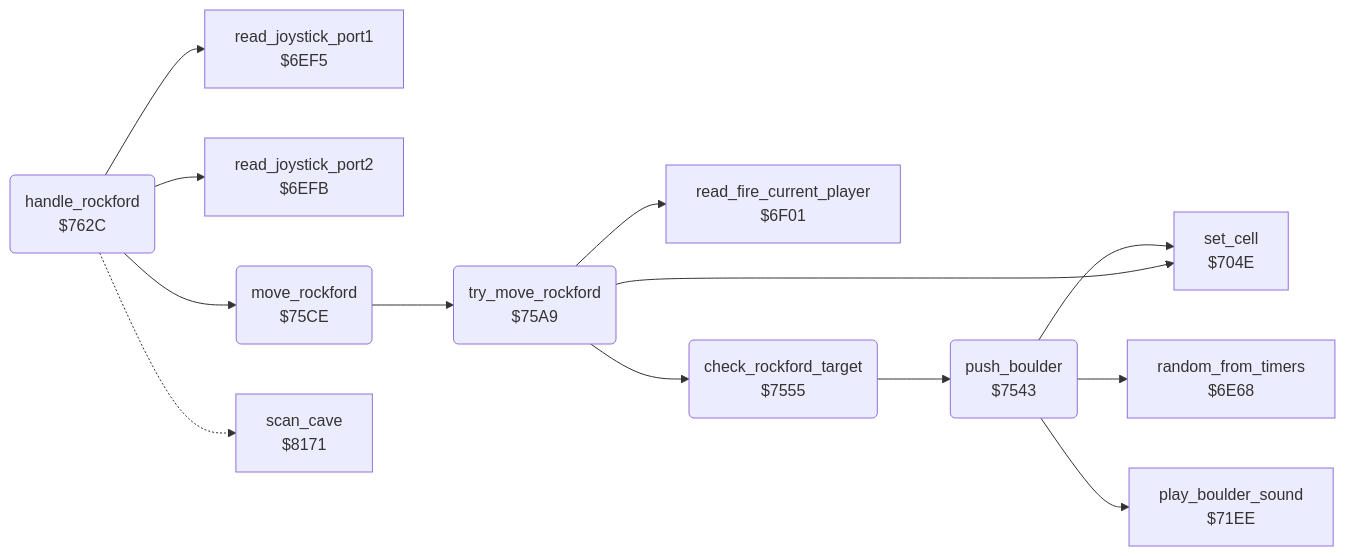
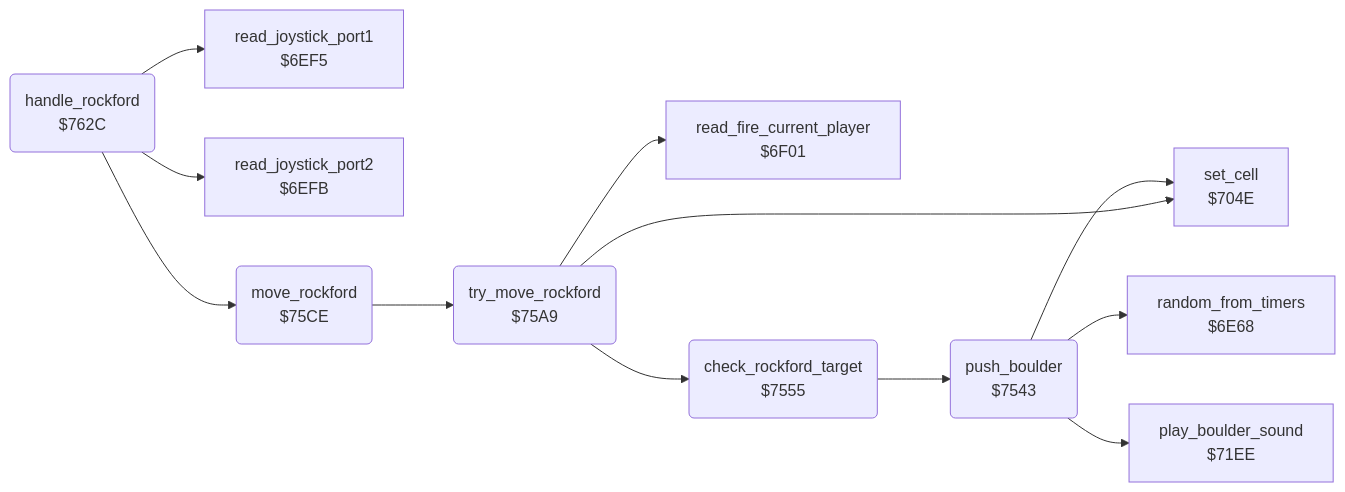
Before and after one commit to henols/c64_games: the diagram in boulder_dash/v2/docs/reference/modules/rockford/movement.md, drawn with Mermaid. The commit also changed other lines of this file and 1100 other files, not shown here.

````diff
--- a/boulder_dash/v2/docs/reference/modules/rockford/movement.md
+++ b/boulder_dash/v2/docs/reference/modules/rockford/movement.md
@@ -10,27 +20,25 @@
 ```mermaid
 flowchart LR
   n6e68["random_from_timers<br/>$6E68"]
   n6ef5["read_joystick_port1<br/>$6EF5"]
   n6efb["read_joystick_port2<br/>$6EFB"]
   n6f01["read_fire_current_player<br/>$6F01"]
   n704e["set_cell<br/>$704E"]
   n71ee["play_boulder_sound<br/>$71EE"]
   n7543("push_boulder<br/>$7543")
   n7555("check_rockford_target<br/>$7555")
   n75a9("try_move_rockford<br/>$75A9")
   n75ce("move_rockford<br/>$75CE")
   n762c("handle_rockford<br/>$762C")
-  n8171["scan_cave<br/>$8171"]
   n7543 --> n6e68
   n7543 --> n704e
   n7543 --> n71ee
   n7555 --> n7543
   n75a9 --> n6f01
   n75a9 --> n704e
   n75a9 --> n7555
   n75ce --> n75a9
   n762c --> n6ef5
   n762c --> n6efb
   n762c --> n75ce
-  n762c -.-> n8171
 ```
````
